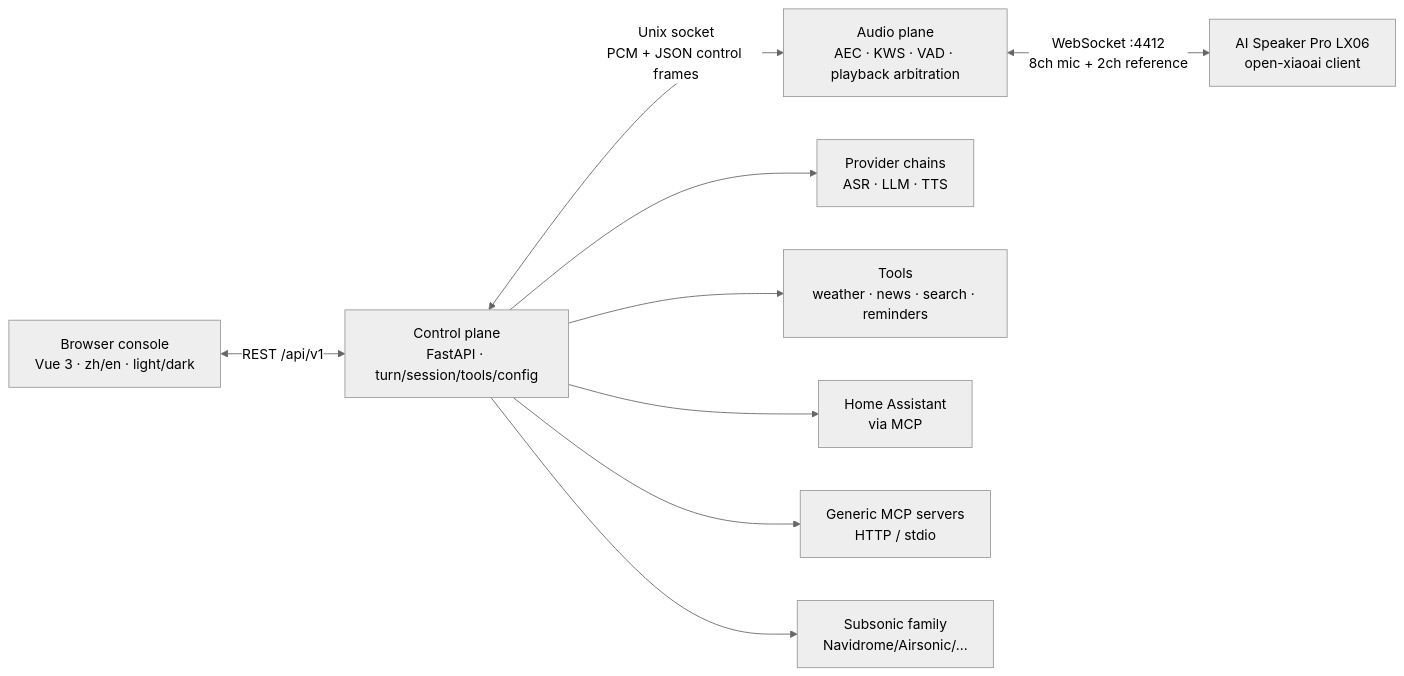
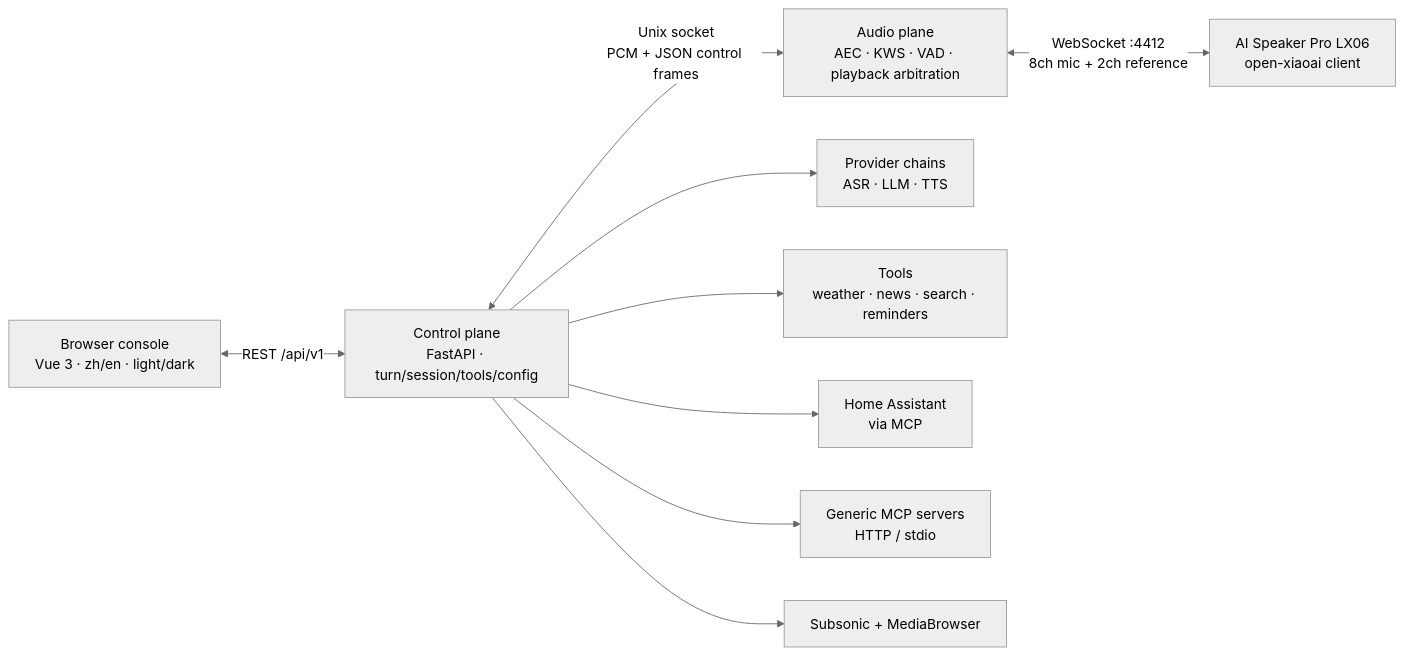
The second of 2 diagrams in README.md (yes999zc/rui), drawn with Mermaid (neutral theme) before and after one commit. The commit also changed other lines of this file and 12 other files, not shown here.

````diff
--- a/README.md
+++ b/README.md
@@ -392,11 +283,11 @@
 ```mermaid
 flowchart LR
   browser["Browser console<br/>Vue 3 · zh/en · light/dark"] <-->|REST /api/v1| ctl["Control plane<br/>FastAPI · turn/session/tools/config"]
   ctl <-->|Unix socket<br/>PCM + JSON control frames| plane["Audio plane<br/>AEC · KWS · VAD · playback arbitration"]
   plane <-->|WebSocket :4412<br/>8ch mic + 2ch reference| speaker["AI Speaker Pro LX06<br/>open-xiaoai client"]
   ctl --> providers["Provider chains<br/>ASR · LLM · TTS"]
   ctl --> tools["Tools<br/>weather · news · search · reminders"]
   ctl --> ha["Home Assistant<br/>via MCP"]
   ctl --> mcp["Generic MCP servers<br/>HTTP / stdio"]
-  ctl --> music["Subsonic family<br/>Navidrome/Airsonic/..."]
+  ctl --> music["Subsonic + MediaBrowser"]
 ```
````
